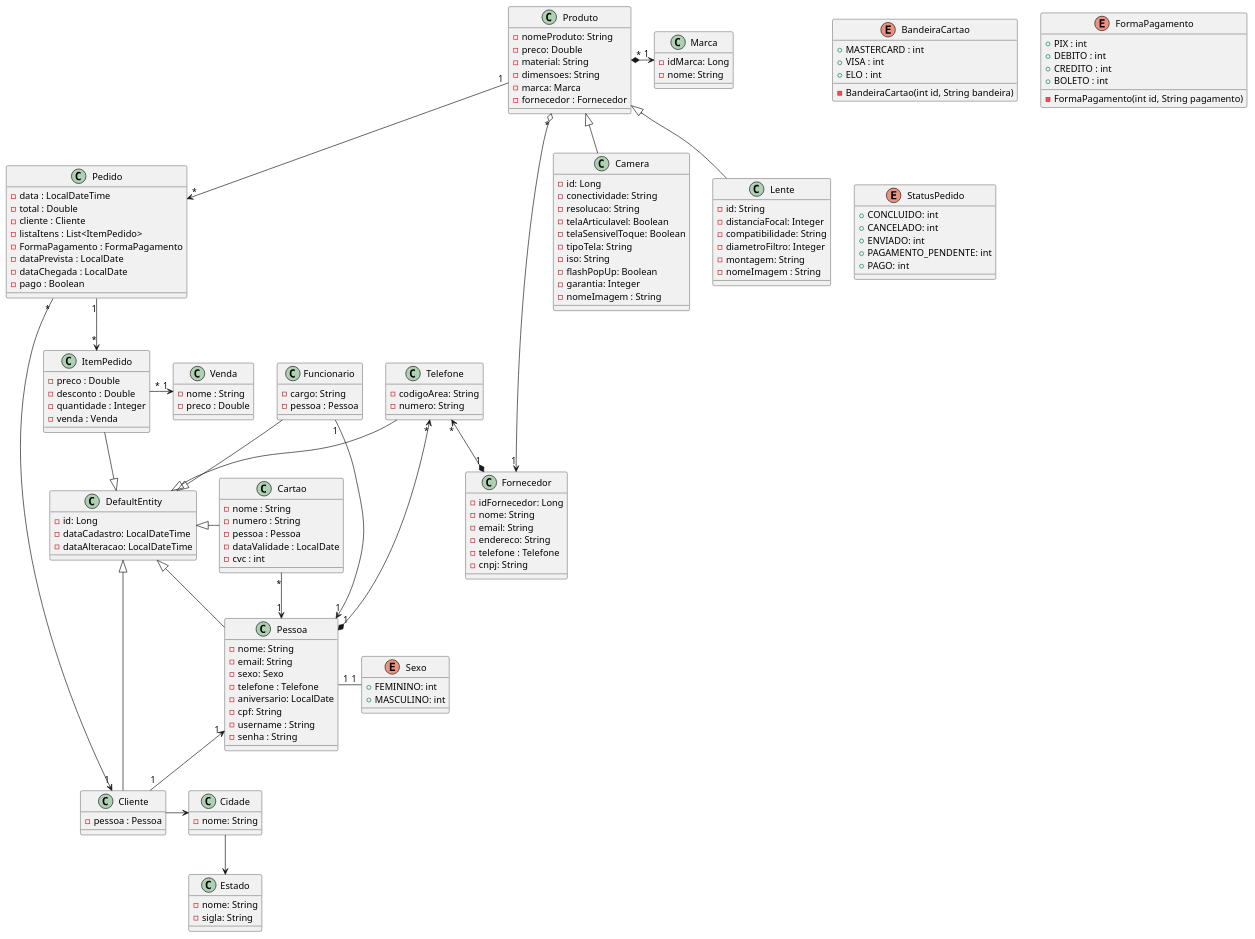
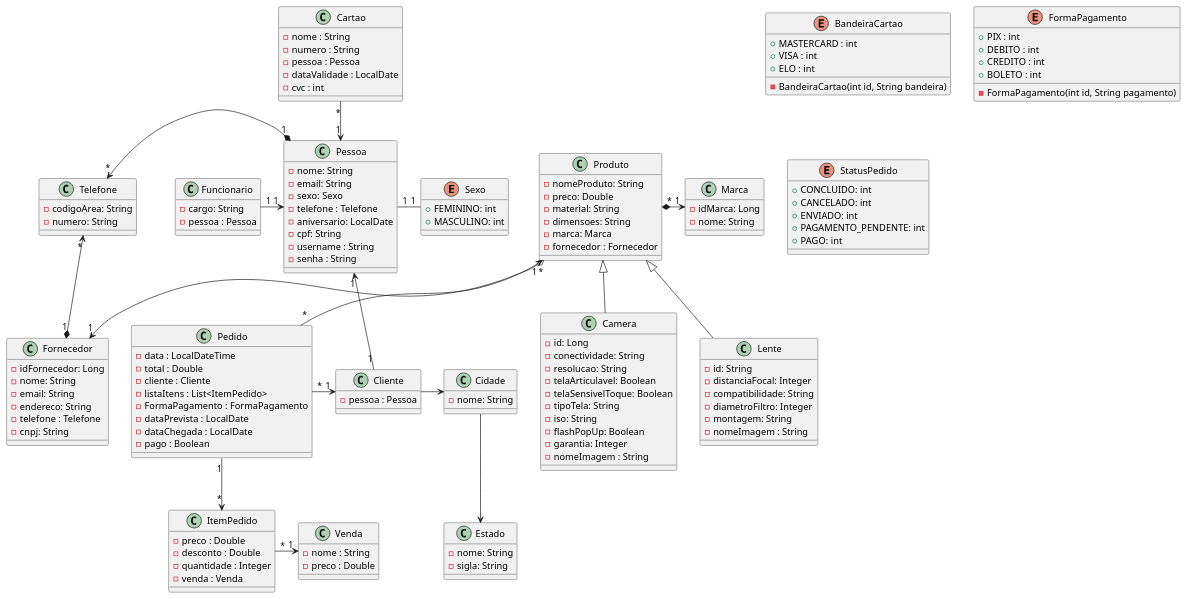
Before and after one commit to HugoValuar03/ecommerce: the diagram in modelo.plantuml, drawn with PlantUML. The commit also changed 57 other files, not shown here.

```diff
--- a/modelo.plantuml
+++ b/modelo.plantuml
@@ -1,175 +1,162 @@
 @startuml ecommerce
 class Pessoa{
   - nome: String
   - email: String
   - sexo: Sexo
   - telefone : Telefone
   - aniversario: LocalDate
   - cpf: String
   - username : String
   - senha : String
 }
 
 class Funcionario{
   - cargo: String 
   - pessoa : Pessoa
 }
 
 class Cliente{
   - pessoa : Pessoa
 }
 
 
 Enum Sexo{
   + FEMININO: int
   + MASCULINO: int
 }
 
 
 class Fornecedor{
   - idFornecedor: Long
   - nome: String
   - email: String
   - endereco: String 
   - telefone : Telefone
   - cnpj: String
 }
 
 class Produto{
   - nomeProduto: String
   - preco: Double
   - material: String
   - dimensoes: String
   - marca: Marca
   - fornecedor : Fornecedor
 }
 
 class Camera{
   - id: Long
   - conectividade: String
   - resolucao: String
   - telaArticulavel: Boolean
   - telaSensivelToque: Boolean
   - tipoTela: String
   - iso: String
   - flashPopUp: Boolean
   - garantia: Integer
   - nomeImagem : String
 }
 
 class Marca{
   - idMarca: Long
   - nome: String
 }
 
 class Lente{
   - id: String
   - distanciaFocal: Integer
   - compatibilidade: String
   - diametroFiltro: Integer
   - montagem: String
   - nomeImagem : String
 }
 
-class DefaultEntity{
-  - id: Long
-  - dataCadastro: LocalDateTime
-  - dataAlteracao: LocalDateTime
-}
-
 class Telefone{
   - codigoArea: String
   - numero: String
 }
 
 enum BandeiraCartao{
   + MASTERCARD : int
   + VISA : int
   + ELO : int
   - BandeiraCartao(int id, String bandeira)
 }
 
 enum FormaPagamento{
   + PIX : int
   + DEBITO : int
   + CREDITO : int
   + BOLETO : int
   - FormaPagamento(int id, String pagamento)
 }
 
 enum StatusPedido {
     + CONCLUIDO: int
     + CANCELADO: int
     + ENVIADO: int
     + PAGAMENTO_PENDENTE: int
     + PAGO: int
 }
 
 class Cidade{
   - nome: String
 }
 
 class Estado{
   - nome: String
   - sigla: String
 }
 
 class Cartao{
   - nome : String
   - numero : String
   - pessoa : Pessoa
   - dataValidade : LocalDate
   - cvc : int
 }
 
 class ItemPedido{
   - preco : Double
   - desconto : Double
   - quantidade : Integer
   - venda : Venda
 }
 
 class Pedido{
   - data : LocalDateTime
   - total : Double
   - cliente : Cliente
   - listaItens : List<ItemPedido>
   - FormaPagamento : FormaPagamento
   - dataPrevista : LocalDate
   - dataChegada : LocalDate
   - pago : Boolean
 }
 
 class Venda{
   - nome : String
   - preco : Double
 }
 
 Cliente -right-> Cidade
 Cidade --> Estado 
 
-Produto "1" --> "*" Pedido
-ItemPedido --|> DefaultEntity
-Funcionario --|> DefaultEntity
-Cliente --|> DefaultEntity
-Cartao -left-|> DefaultEntity
-Telefone --|> DefaultEntity
+Produto "1" <-- "*" Pedido
 
 Pedido "1" --> "*" ItemPedido
 Pedido "*" -right-> "1" Cliente 
 ItemPedido "*" -right-> "1" Venda
 Cartao "*" --> "1" Pessoa
 Pessoa "1" *-left-> "*" Telefone
 Pessoa "1" <-left- "1" Funcionario
 Pessoa "1" <-- "1" Cliente
 Pessoa "1" -right- "1" Sexo
 
-Pessoa -up-|> DefaultEntity 
-
 Marca "1" <-left-* "*" Produto
 
 Fornecedor "1" *-up-> "*" Telefone
 Produto "*" o--> "1" Fornecedor
 Produto <|-- Camera
 Produto <|-- Lente
 @enduml
```
